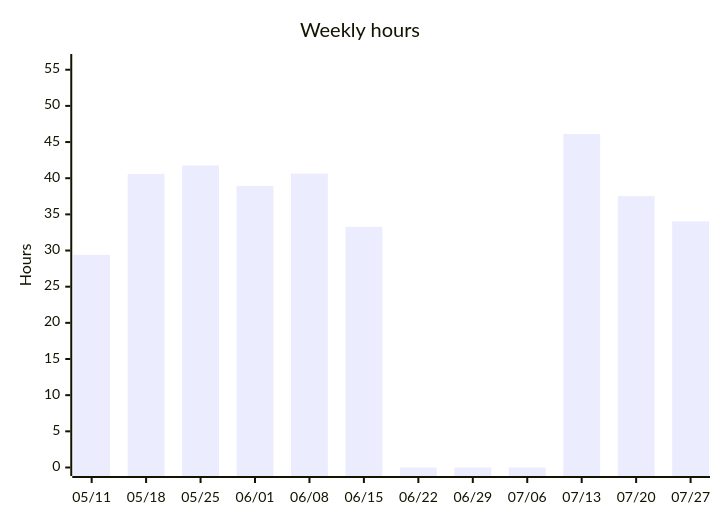
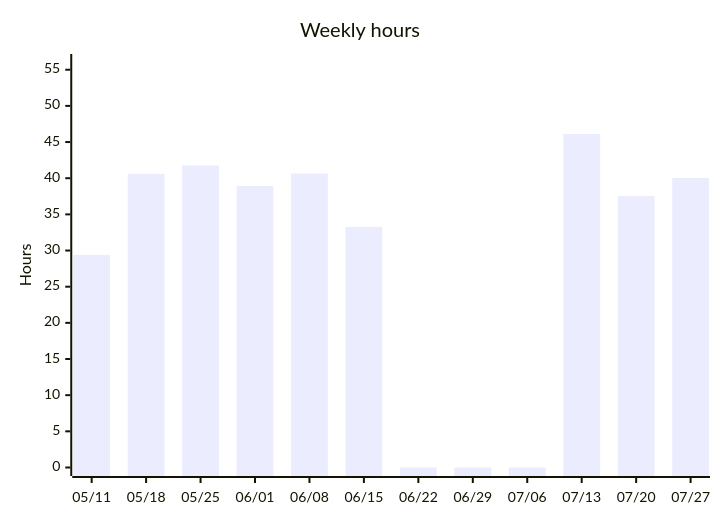
One commit to albinforsberg-netizen/timeclock changed the third of 5 diagrams in README.org. Above: the diagram before and after it, drawn with Mermaid. The commit also changed other lines of this file, not shown here.

```diff
--- a/README.org
+++ b/README.org
@@ -107,7 +107,7 @@
 #+begin_src mermaid
 xychart-beta
     title "Weekly hours"
     x-axis ["05/11", "05/18", "05/25", "06/01", "06/08", "06/15", "06/22", "06/29", "07/06", "07/13", "07/20", "07/27"]
     y-axis "Hours" 0 --> 56
-    bar [29.40, 40.60, 41.76, 38.93, 40.65, 33.27, 0.00, 0.00, 0.00, 46.12, 37.52, 34.03]
+    bar [29.40, 40.60, 41.76, 38.93, 40.65, 33.27, 0.00, 0.00, 0.00, 46.12, 37.52, 40.03]
 #+end_src
```
